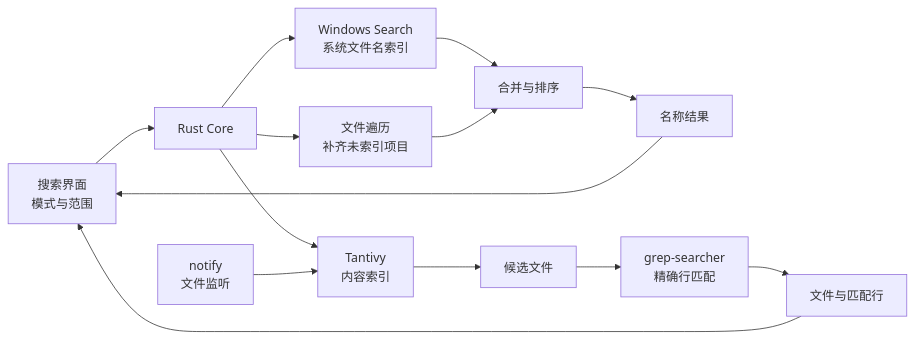
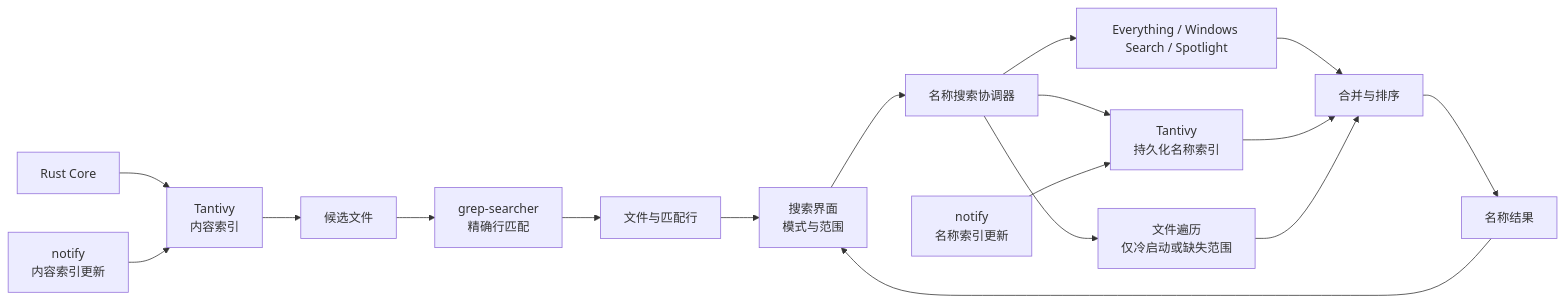
Before and after one commit to wyz541/kite: the diagram in docs/architecture/content-search.md, drawn with Mermaid. The commit also changed other lines of this file and 12 other files, not shown here.

````diff
--- a/docs/architecture/content-search.md
+++ b/docs/architecture/content-search.md
@@ -36,16 +36,19 @@
 ```mermaid
 flowchart LR
-    UI[搜索界面<br/>模式与范围] --> CORE[Rust Core]
-    CORE --> SYSTEM[Windows Search<br/>系统文件名索引]
-    CORE --> WALK[文件遍历<br/>补齐未索引项目]
-    SYSTEM --> MERGE[合并与排序]
+    UI[搜索界面<br/>模式与范围] --> COORD[名称搜索协调器]
+    COORD --> FAST[Everything / Windows Search / Spotlight]
+    COORD --> NAMEIDX[Tantivy<br/>持久化名称索引]
+    COORD --> WALK[文件遍历<br/>仅冷启动或缺失范围]
+    FAST --> MERGE[合并与排序]
+    NAMEIDX --> MERGE
     WALK --> MERGE
+    WATCH1[notify<br/>名称索引更新] --> NAMEIDX
     MERGE --> NAME[名称结果]
-    CORE --> INDEX[Tantivy<br/>内容索引]
+    CORE[Rust Core] --> INDEX[Tantivy<br/>内容索引]
     INDEX --> CANDIDATE[候选文件]
     CANDIDATE --> VERIFY[grep-searcher<br/>精确行匹配]
-    WATCH[notify<br/>文件监听] --> INDEX
+    WATCH2[notify<br/>内容索引更新] --> INDEX
     VERIFY --> CONTENT[文件与匹配行]
     NAME --> UI
     CONTENT --> UI
 ```
````
